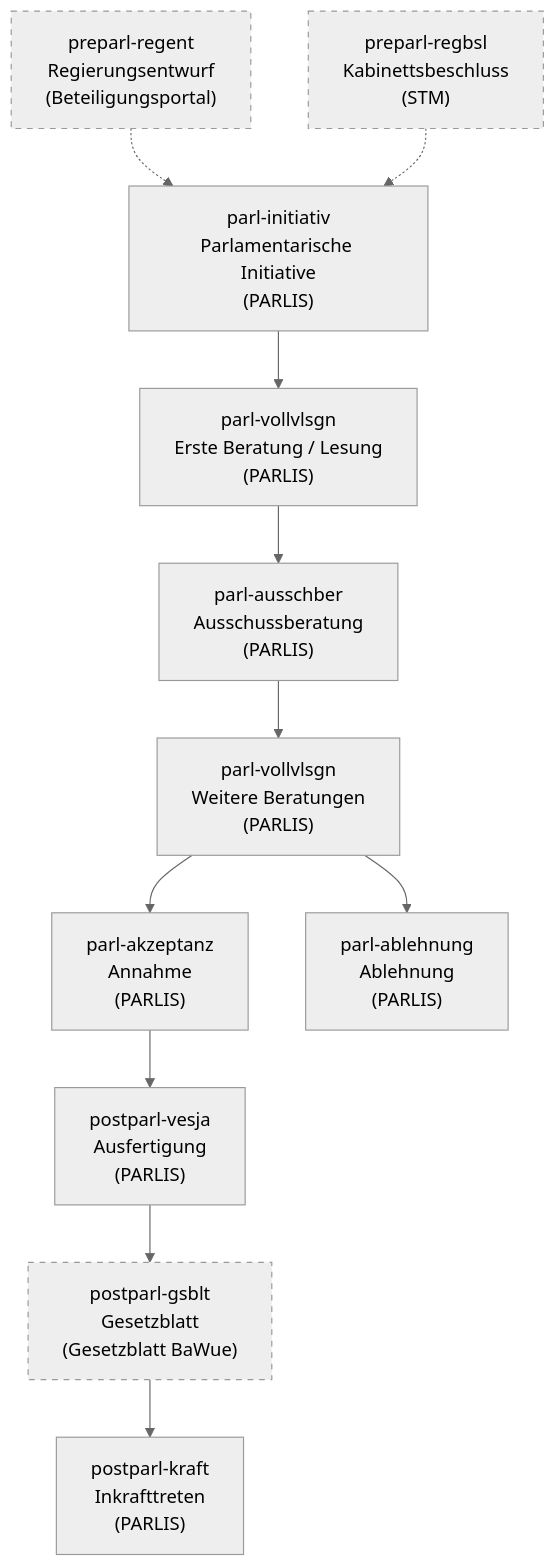
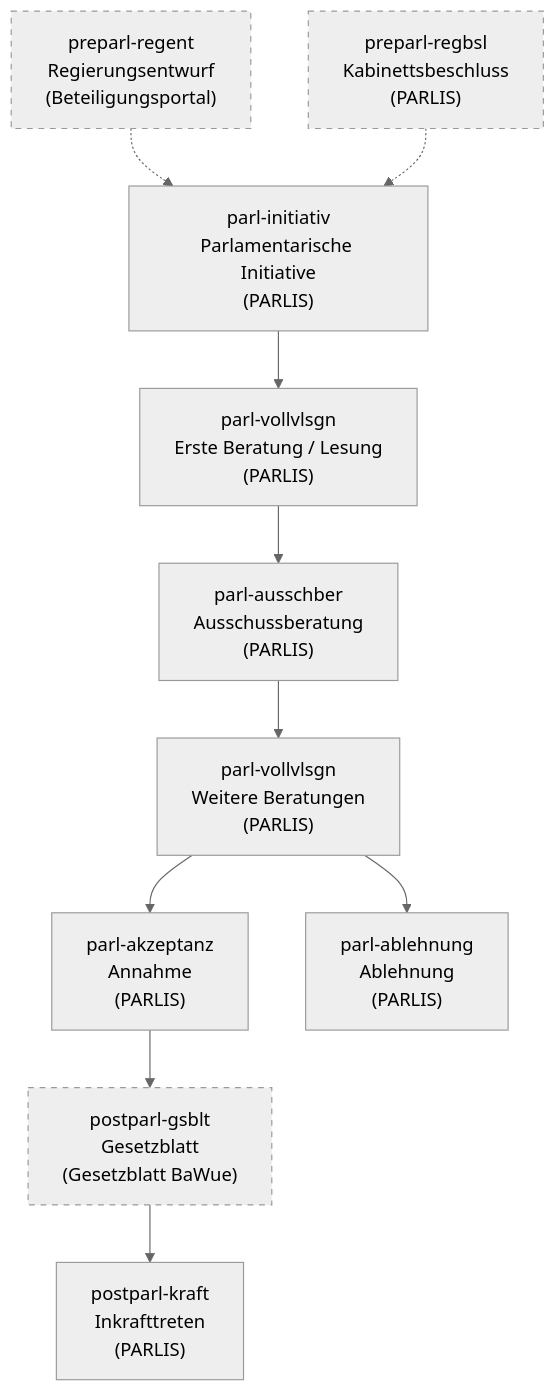
Before and after one commit to Parlamentszusammenfasser/pazufa-scraper-bw: the second of 4 diagrams in docs/architecture.md, drawn with Mermaid (neutral theme). The commit also changed other lines of this file and 3 other files, not shown here.

````diff
--- a/docs/architecture.md
+++ b/docs/architecture.md
@@ -80,29 +80,27 @@
 ```mermaid
 flowchart TD
     PREP_REG["preparl-regent\nRegierungsentwurf\n(Beteiligungsportal)"]
-    PREP_BSL["preparl-regbsl\nKabinettsbeschluss\n(STM)"]
+    PREP_BSL["preparl-regbsl\nKabinettsbeschluss\n(PARLIS)"]
     INIT["parl-initiativ\nParlamentarische Initiative\n(PARLIS)"]
     LESUNG1["parl-vollvlsgn\nErste Beratung / Lesung\n(PARLIS)"]
     AUSSCH["parl-ausschber\nAusschussberatung\n(PARLIS)"]
     LESUNG23["parl-vollvlsgn\nWeitere Beratungen\n(PARLIS)"]
     AKZ["parl-akzeptanz\nAnnahme\n(PARLIS)"]
     ABL["parl-ablehnung\nAblehnung\n(PARLIS)"]
-    VESJA["postparl-vesja\nAusfertigung\n(PARLIS)"]
     GSBLT["postparl-gsblt\nGesetzblatt\n(Gesetzblatt BaWue)"]
     KRAFT["postparl-kraft\nInkrafttreten\n(PARLIS)"]
 
     PREP_REG -.-> INIT
     PREP_BSL -.-> INIT
     INIT --> LESUNG1
     LESUNG1 --> AUSSCH
     AUSSCH --> LESUNG23
     LESUNG23 --> AKZ
     LESUNG23 --> ABL
-    AKZ --> VESJA
-    VESJA --> GSBLT
+    AKZ --> GSBLT
     GSBLT --> KRAFT
 
     style PREP_REG stroke-dasharray: 5 5
     style PREP_BSL stroke-dasharray: 5 5
     style GSBLT stroke-dasharray: 5 5
 ```
````
